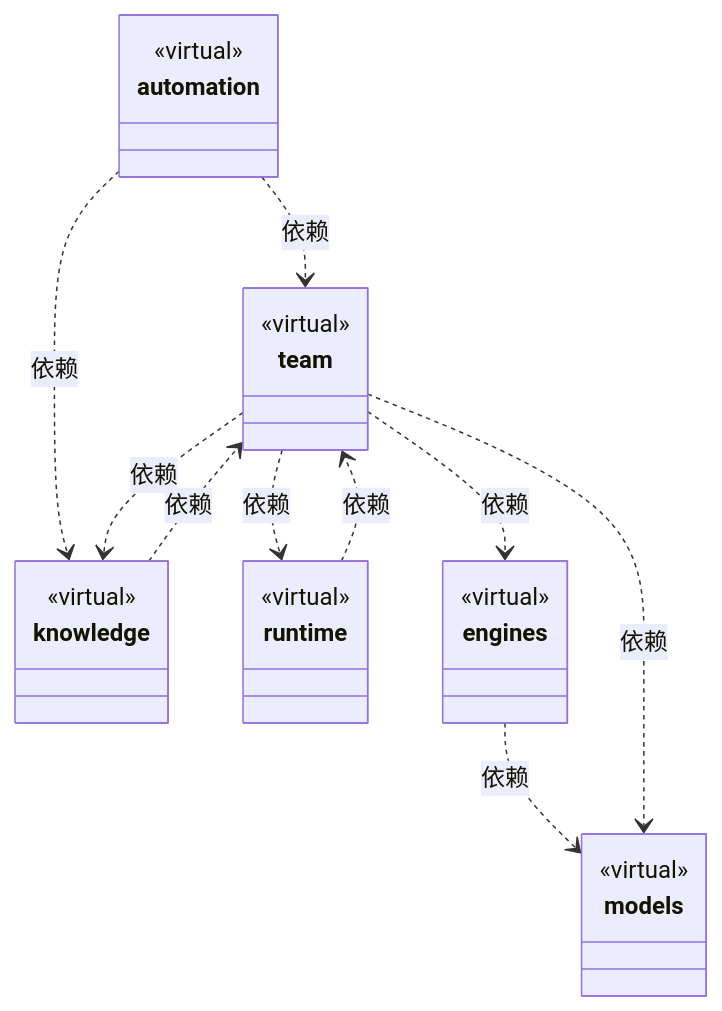
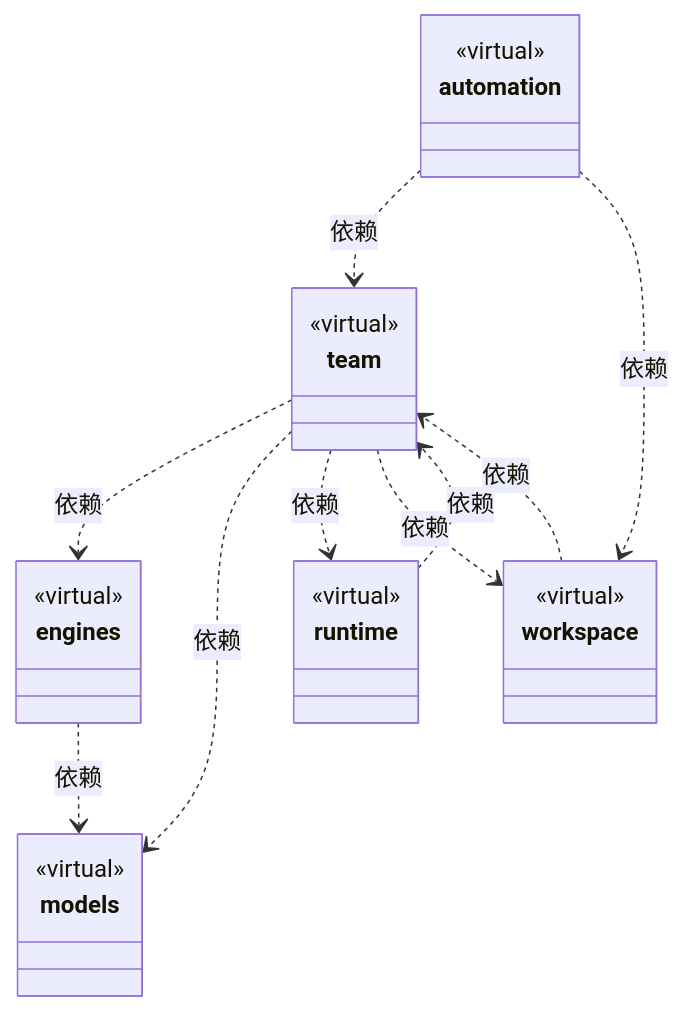
One commit to nan023062/cbim changed the third of 5 diagrams in src/logic/ARCHITECTURE.md. Above: the diagram before and after it, drawn with Mermaid. The commit also changed other lines of this file and 212 other files, not shown here.

````diff
--- a/src/logic/ARCHITECTURE.md
+++ b/src/logic/ARCHITECTURE.md
@@ -111,36 +115,36 @@
 ```mermaid
 classDiagram
 class N_8cd284e1d834["team"] {
   <<virtual>>
 }
 click N_8cd284e1d834 href "team/ARCHITECTURE.md"
 class N_aea5b8787ded["automation"] {
   <<virtual>>
 }
 click N_aea5b8787ded href "automation/ARCHITECTURE.md"
-class N_6648e4abd154["knowledge"] {
-  <<virtual>>
-}
-click N_6648e4abd154 href "knowledge/ARCHITECTURE.md"
 class N_b0d1ae7a24f7["runtime"] {
   <<virtual>>
 }
 click N_b0d1ae7a24f7 href "runtime/ARCHITECTURE.md"
 class N_dc98898e0b75["engines"] {
   <<virtual>>
 }
 click N_dc98898e0b75 href "engines/ARCHITECTURE.md"
 class N_8b9cf71b2837["models"] {
   <<virtual>>
 }
 click N_8b9cf71b2837 href "models/ARCHITECTURE.md"
-N_aea5b8787ded ..> N_6648e4abd154 : 依赖
+class N_2af216e0d482["workspace"] {
+  <<virtual>>
+}
+click N_2af216e0d482 href "workspace/ARCHITECTURE.md"
 N_aea5b8787ded ..> N_8cd284e1d834 : 依赖
+N_aea5b8787ded ..> N_2af216e0d482 : 依赖
 N_dc98898e0b75 ..> N_8b9cf71b2837 : 依赖
-N_6648e4abd154 ..> N_8cd284e1d834 : 依赖
 N_b0d1ae7a24f7 ..> N_8cd284e1d834 : 依赖
 N_8cd284e1d834 ..> N_dc98898e0b75 : 依赖
-N_8cd284e1d834 ..> N_6648e4abd154 : 依赖
 N_8cd284e1d834 ..> N_8b9cf71b2837 : 依赖
 N_8cd284e1d834 ..> N_b0d1ae7a24f7 : 依赖
+N_8cd284e1d834 ..> N_2af216e0d482 : 依赖
+N_2af216e0d482 ..> N_8cd284e1d834 : 依赖
 ```
````
